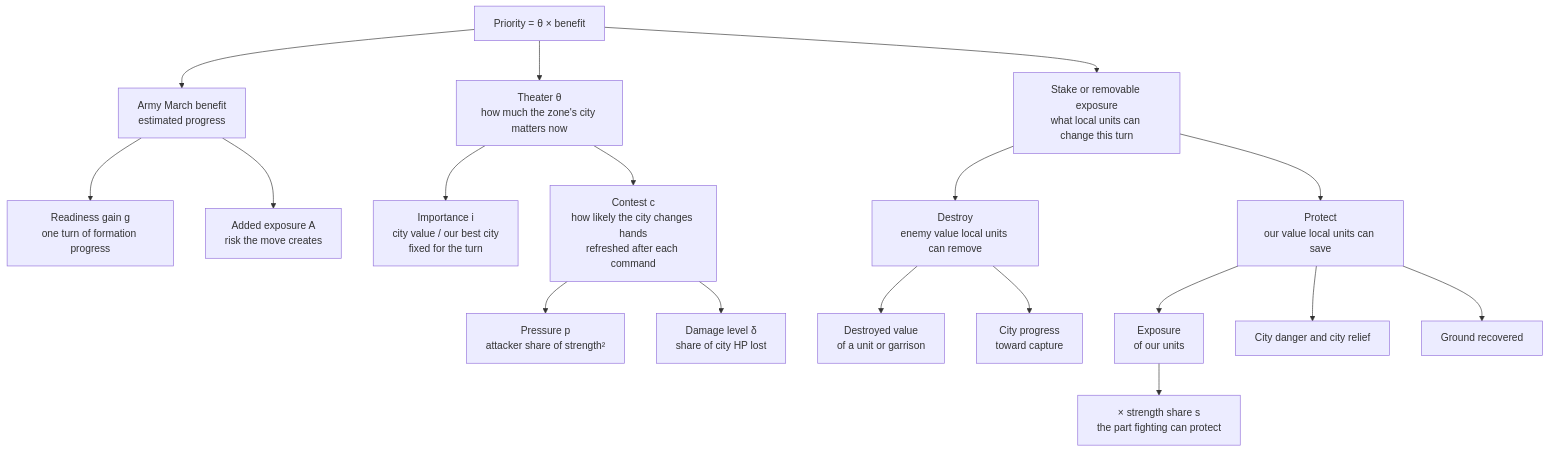
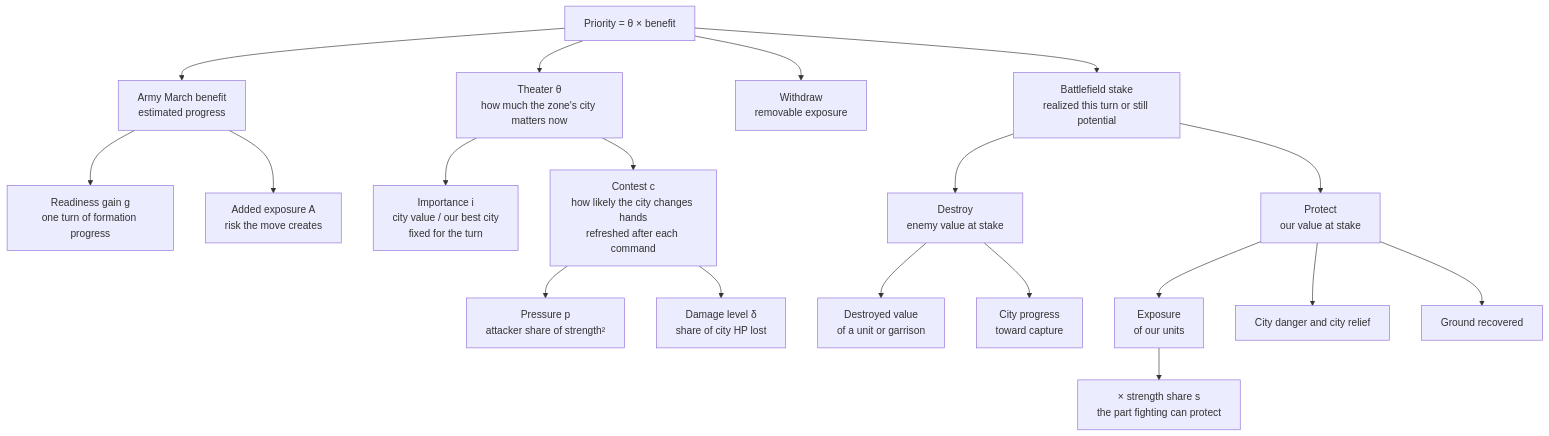
Before and after one commit to vox-deorum/vox-deorum: the diagram in docs/developers/civ5-dll/unit-ai/commands/value.md, drawn with Mermaid. The commit also changed other lines of this file and 5 other files, not shown here.

````diff
--- a/docs/developers/civ5-dll/unit-ai/commands/value.md
+++ b/docs/developers/civ5-dll/unit-ai/commands/value.md
@@ -5,21 +5,22 @@
 ```mermaid
 flowchart TD
     P["Priority = θ × benefit"]
     P --> T["Theater θ<br/>how much the zone's city matters now"]
-    P --> S["Stake or removable exposure<br/>what local units can change this turn"]
+    P --> S["Battlefield stake<br/>realized this turn or still potential"]
+    P --> X["Withdraw<br/>removable exposure"]
     P --> M["Army March benefit<br/>estimated progress"]
     M --> GA["Readiness gain g<br/>one turn of formation progress"]
     M --> RA["Added exposure A<br/>risk the move creates"]
     T --> I["Importance i<br/>city value / our best city<br/>fixed for the turn"]
     T --> C["Contest c<br/>how likely the city changes hands<br/>refreshed after each command"]
     C --> PR["Pressure p<br/>attacker share of strength²"]
     C --> DM["Damage level δ<br/>share of city HP lost"]
-    S --> DE["Destroy<br/>enemy value local units can remove"]
-    S --> PT["Protect<br/>our value local units can save"]
+    S --> DE["Destroy<br/>enemy value at stake"]
+    S --> PT["Protect<br/>our value at stake"]
     DE --> K["Destroyed value<br/>of a unit or garrison"]
     DE --> CP["City progress<br/>toward capture"]
     PT --> EX["Exposure<br/>of our units"]
     EX --> EXS["× strength share s<br/>the part fighting can protect"]
     PT --> CR["City danger and city relief"]
     PT --> GR["Ground recovered"]
 ```
````
